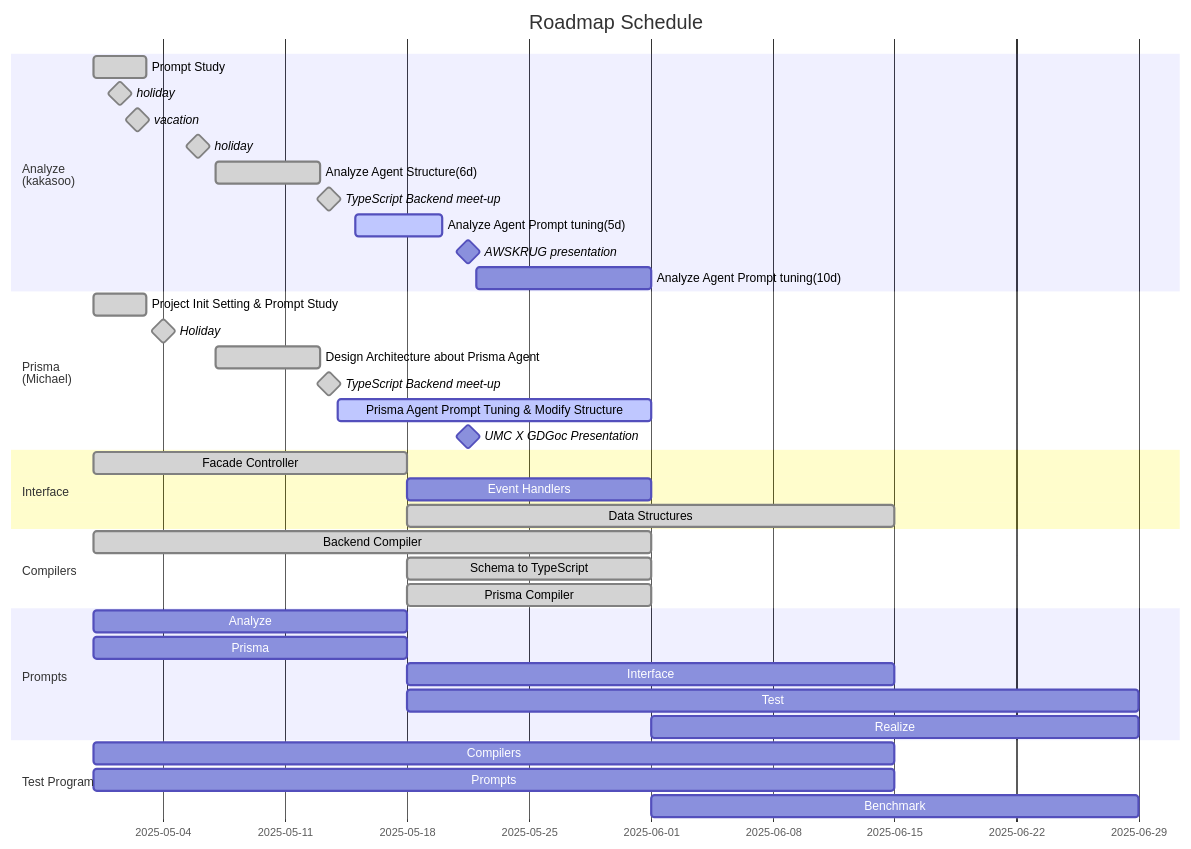
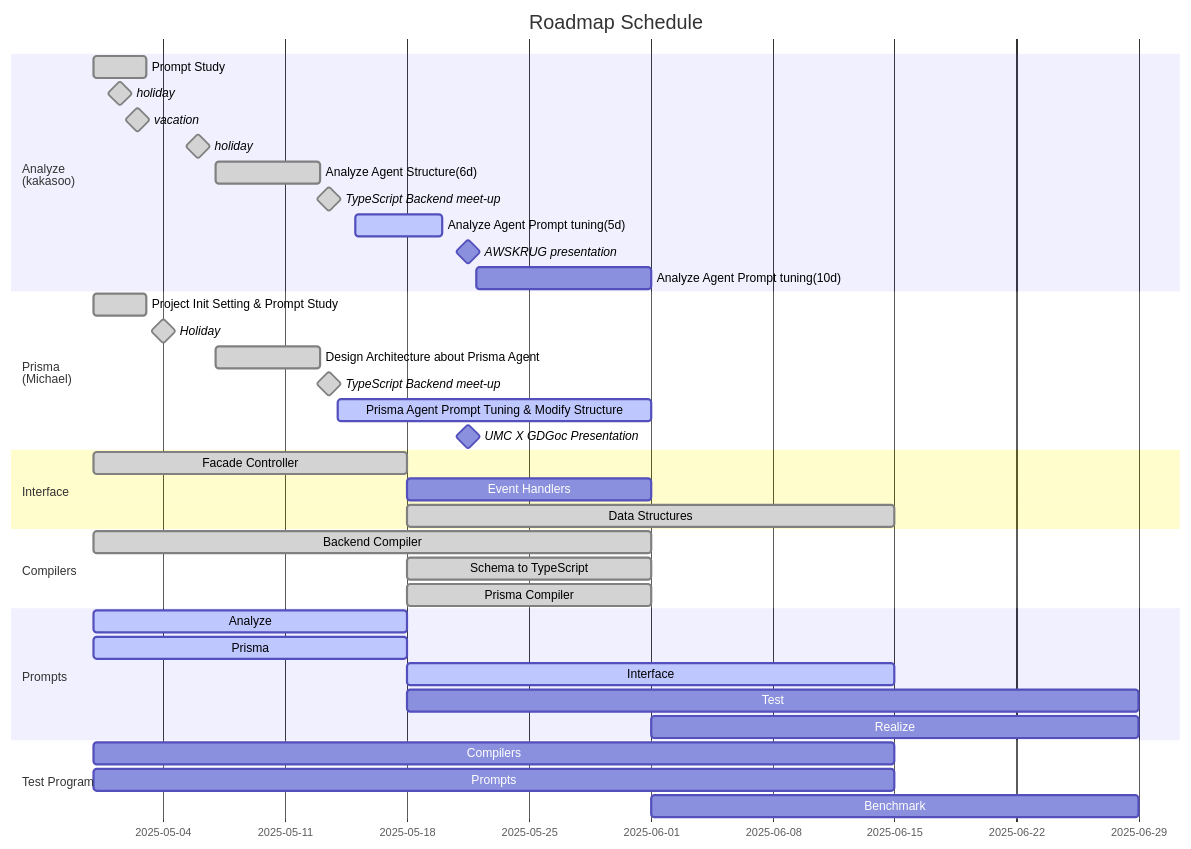
One commit to RavenView-ai/autobe changed the third of 3 diagrams in README.md. Above: the diagram before and after it, drawn with Mermaid. The commit also changed other lines of this file and 11 other files, not shown here.

````diff
--- a/README.md
+++ b/README.md
@@ -398,47 +398,47 @@
 ```mermaid
 gantt
   dateFormat YYYY-MM-DD
   title Roadmap Schedule
 
   section Analyze<br>(kakasoo)
   Prompt Study: done, 2025-04-30, 3d
   holiday: milestone, done, 2025-05-01, 1d
   vacation: milestone, done, 2025-05-02, 1d
   holiday: milestone, done, 2025-05-05, 2d
   Analyze Agent Structure(6d): done, 2025-05-07, 6d
   TypeScript Backend meet-up: milestone, done, 2025-05-13, 1d
   Analyze Agent Prompt tuning(5d): active, 2025-05-15, 5d
   AWSKRUG presentation: milestone, 2025-05-21, 1d
   Analyze Agent Prompt tuning(10d):, 2025-05-22, 10d
 
   section Prisma<br>(Michael)
   Project Init Setting & Prompt Study: done, 2025-04-30, 3d
   Holiday: milestone, done, 2025-05-01, 6d
   Design Architecture about Prisma Agent: done, 2025-05-07, 6d
   TypeScript Backend meet-up: milestone, done, 2025-05-13, 1d
   Prisma Agent Prompt Tuning & Modify Structure: active, 2025-05-14, 18d
   UMC X GDGoc Presentation: milestone, 2025-05-21, 1d
 
   
   section Interface
   Facade Controller: done, 2025-04-30, 18d
   Event Handlers:          2025-05-18, 14d
   Data Structures:   done, 2025-05-18, 28d
 
   section Compilers
   Backend Compiler:     done, 2025-04-30, 32d
   Schema to TypeScript: done, 2025-05-18, 14d
   Prisma Compiler:      done, 2025-05-18, 14d
 
   section Prompts
-  Analyze  : 2025-04-30, 18d
-  Prisma   : 2025-04-30, 18d
-  Interface: 2025-05-18, 28d
+  Analyze  : active, 2025-04-30, 18d
+  Prisma   : active, 2025-04-30, 18d
+  Interface: active, 2025-05-18, 28d
   Test     : 2025-05-18, 42d
   Realize  : 2025-06-01, 28d
 
   section Test Program
   Compilers: 2025-04-30, 46d
   Prompts:   2025-04-30, 46d
   Benchmark: 2025-06-01, 28d
 ```
````
